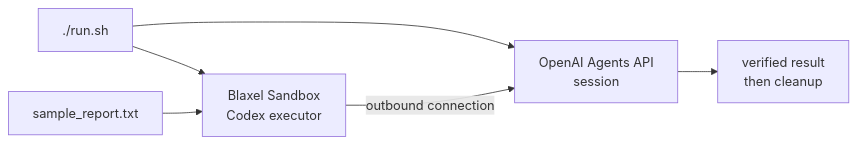
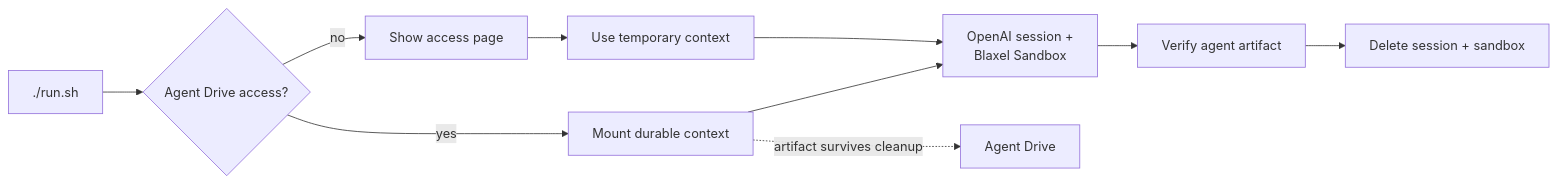
Before and after one commit to blaxel-ai/blaxel-openai-agents-api-cookbook: the diagram in README.md, drawn with Mermaid. The commit also changed other lines of this file and 8 other files, not shown here.

First line of the commit message:
Add Agent Drive context to the Agents API cookbook (#2)

````diff
--- a/README.md
+++ b/README.md
@@ -7,8 +5,12 @@
 ```mermaid
 flowchart LR
-    Run["./run.sh"] --> Session["OpenAI Agents API<br/>session"]
-    Run --> Sandbox["Blaxel Sandbox<br/>Codex executor"]
-    File["sample_report.txt"] --> Sandbox
-    Sandbox -- "outbound connection" --> Session
-    Session --> Result["verified result<br/>then cleanup"]
+    Run["./run.sh"] --> Drive{"Agent Drive access?"}
+    Drive -- "yes" --> Durable["Mount durable context"]
+    Drive -- "no" --> Link["Show access page"]
+    Link --> Temporary["Use temporary context"]
+    Durable --> Agent["OpenAI session +<br/>Blaxel Sandbox"]
+    Temporary --> Agent
+    Agent --> Result["Verify agent artifact"]
+    Result --> Cleanup["Delete session + sandbox"]
+    Durable -. "artifact survives cleanup" .-> Kept["Agent Drive"]
 ```
````
